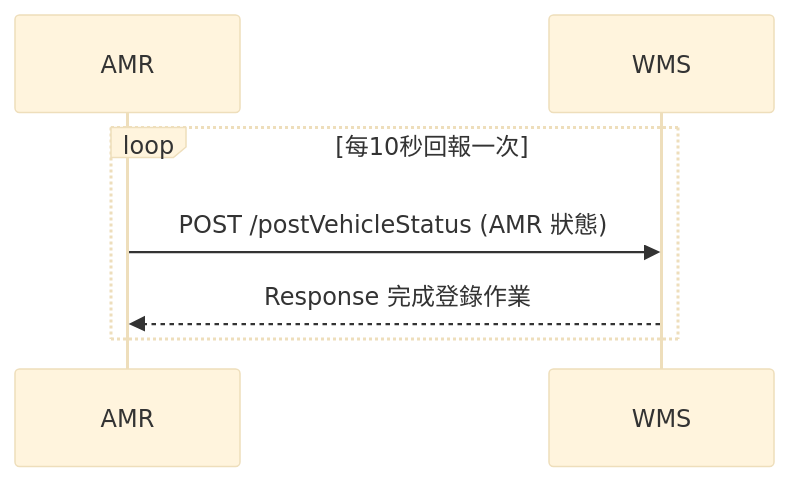
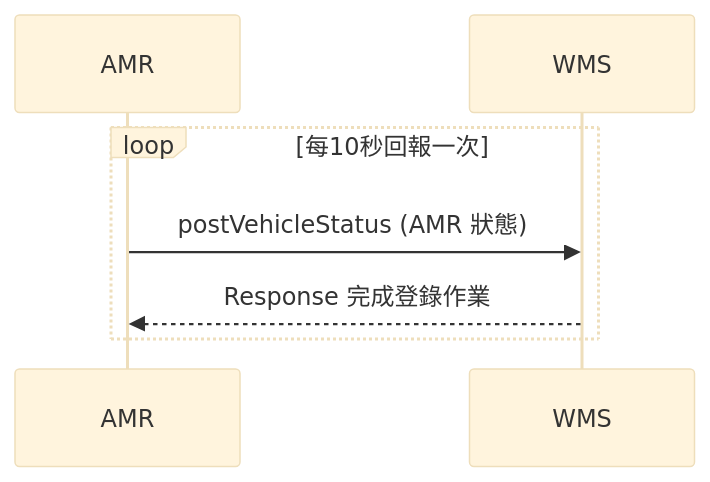
Before and after one commit to athena-tircgo/amr-wms-lsj: the second of 3 diagrams in README.md, drawn with Mermaid (base theme). The commit also changed other lines of this file, not shown here.

````diff
--- a/README.md
+++ b/README.md
@@ -160,10 +160,10 @@
 ```mermaid
 sequenceDiagram
     participant AMR
     participant WMS
 
     loop 每10秒回報一次
-        AMR->>WMS: POST /postVehicleStatus (AMR 狀態)
+        AMR->>WMS: postVehicleStatus (AMR 狀態)
         WMS-->>AMR: Response 完成登錄作業
     end
 ```
````
